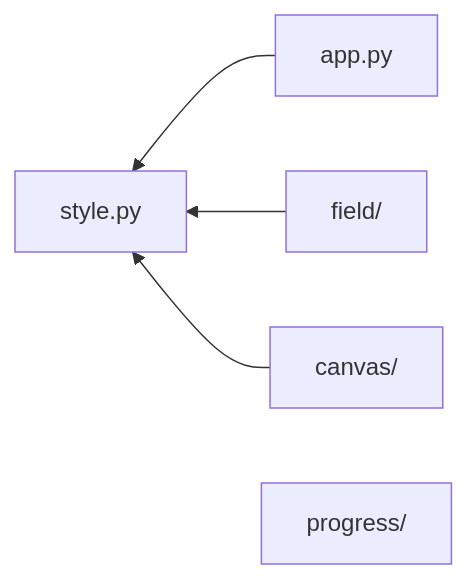
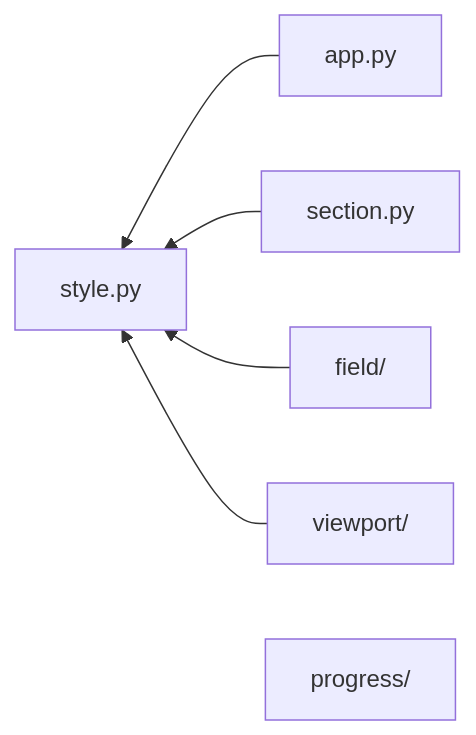
Before and after one commit to SEOULTECH-AIS-gyounghun6612/CORE: the diagram in ui_toolbox/README.md, drawn with Mermaid. The commit also changed other lines of this file and 48 other files, not shown here.

First line of the commit message:
refactor: field 를 계약 하나 아래로, canvas 를 viewport 로

````diff
--- a/ui_toolbox/README.md
+++ b/ui_toolbox/README.md
@@ -11,7 +11,8 @@
 ```mermaid
 graph RL
     APP[app.py] --> STY[style.py]
+    SEC[section.py] --> STY
     FLD[field/] --> STY
-    CNV[canvas/] --> STY
+    VPT[viewport/] --> STY
     PRG[progress/]
 ```
````
